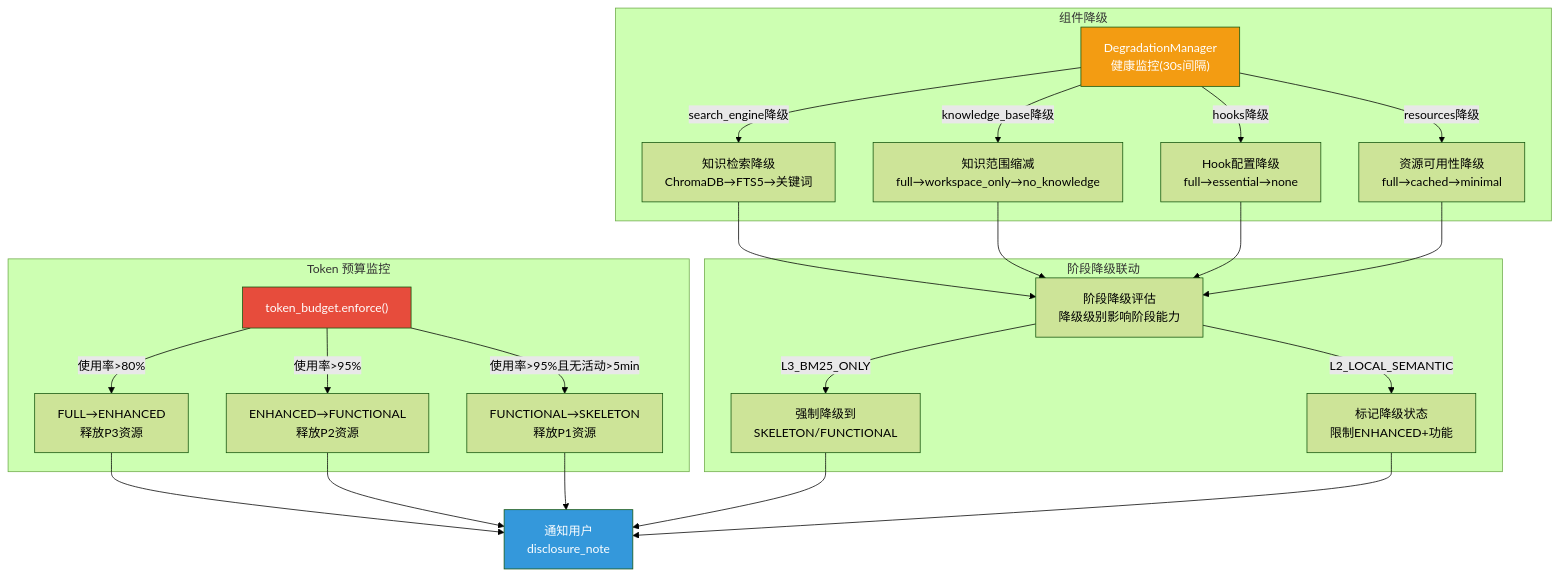
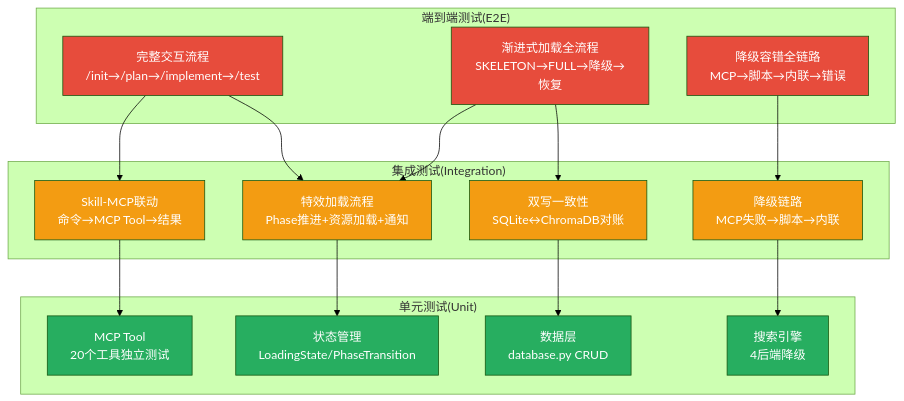
One commit to xuanyuanchumo/xuansto changed the tenth of 11 diagrams in docs/plan/REFACTOR_PLAN.md. Above: the diagram before and after it, drawn with Mermaid (forest theme). The commit also changed other lines of this file and 68 other files, not shown here.

````diff
--- a/docs/plan/REFACTOR_PLAN.md
+++ b/docs/plan/REFACTOR_PLAN.md
@@ -623,36 +615,44 @@
 ```mermaid
-graph TD
-    subgraph "Token 预算监控"
-        TB["token_budget.enforce()"]
-        TB -->|使用率>80%| D1["FULL→ENHANCED<br/>释放P3资源"]
-        TB -->|使用率>95%| D2["ENHANCED→FUNCTIONAL<br/>释放P2资源"]
-        TB -->|使用率>95%且无活动>5min| D3["FUNCTIONAL→SKELETON<br/>释放P1资源"]
+graph TB
+    subgraph "端到端测试(E2E)"
+        E2E1["完整交互流程<br/>/init→/plan→/implement→/test"]
+        E2E2["渐进式加载全流程<br/>SKELETON→FULL→降级→恢复"]
+        E2E3["降级容错全链路<br/>MCP→脚本→内联→错误"]
     end
 
-    subgraph "组件降级"
-        DM["DegradationManager<br/>健康监控(30s间隔)"]
-        DM -->|search_engine降级| SE["知识检索降级<br/>ChromaDB→FTS5→关键词"]
-        DM -->|knowledge_base降级| KB["知识范围缩减<br/>full→workspace_only→no_knowledge"]
-        DM -->|hooks降级| HK["Hook配置降级<br/>full→essential→none"]
-        DM -->|resources降级| RS["资源可用性降级<br/>full→cached→minimal"]
+    subgraph "集成测试(Integration)"
+        INT1["Skill-MCP联动<br/>命令→MCP Tool→结果"]
+        INT2["特效加载流程<br/>Phase推进+资源加载+通知"]
+        INT3["双写一致性<br/>SQLite↔ChromaDB对账"]
+        INT4["降级链路<br/>MCP失败→脚本→内联"]
     end
 
-    subgraph "阶段降级联动"
-        SE --> PHASE["阶段降级评估<br/>降级级别影响阶段能力"]
-        KB --> PHASE
-        HK --> PHASE
-        RS --> PHASE
-        PHASE -->|L3_BM25_ONLY| FORCE["强制降级到<br/>SKELETON/FUNCTIONAL"]
-        PHASE -->|L2_LOCAL_SEMANTIC| WARN["标记降级状态<br/>限制ENHANCED+功能"]
+    subgraph "单元测试(Unit)"
+        UNIT1["MCP Tool<br/>20个工具独立测试"]
+        UNIT2["状态管理<br/>LoadingState/PhaseTransition"]
+        UNIT3["数据层<br/>database.py CRUD"]
+        UNIT4["搜索引擎<br/>4后端降级"]
     end
 
-    D1 --> NOTIFY["通知用户<br/>disclosure_note"]
-    D2 --> NOTIFY
-    D3 --> NOTIFY
-    FORCE --> NOTIFY
-    WARN --> NOTIFY
+    E2E1 --> INT1
+    E2E1 --> INT2
+    E2E2 --> INT2
+    E2E2 --> INT3
+    E2E3 --> INT4
+    INT1 --> UNIT1
+    INT2 --> UNIT2
+    INT3 --> UNIT3
+    INT4 --> UNIT4
 
-    style TB fill:#e74c3c,color:#fff
-    style DM fill:#f39c12,color:#fff
-    style NOTIFY fill:#3498db,color:#fff
+    style E2E1 fill:#e74c3c,color:#fff
+    style E2E2 fill:#e74c3c,color:#fff
+    style E2E3 fill:#e74c3c,color:#fff
+    style INT1 fill:#f39c12,color:#fff
+    style INT2 fill:#f39c12,color:#fff
+    style INT3 fill:#f39c12,color:#fff
+    style INT4 fill:#f39c12,color:#fff
+    style UNIT1 fill:#27ae60,color:#fff
+    style UNIT2 fill:#27ae60,color:#fff
+    style UNIT3 fill:#27ae60,color:#fff
+    style UNIT4 fill:#27ae60,color:#fff
 ```
````
